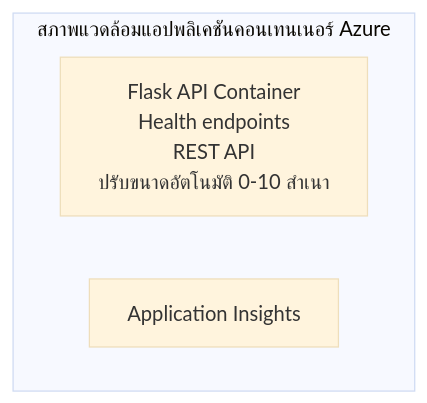
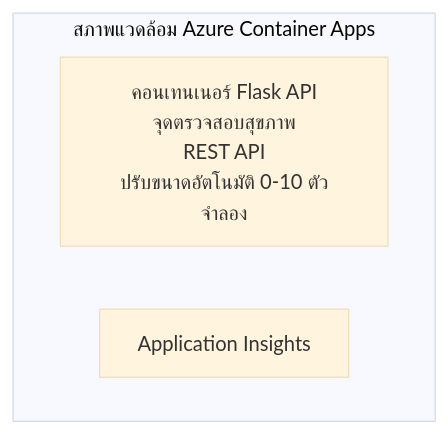
Before and after one commit to microsoft/AZD-for-beginners: the diagram in translations/th/examples/container-app/simple-flask-api/README.md, drawn with Mermaid (base theme). The commit also changed other lines of this file and 104 other files, not shown here.

````diff
--- a/translations/th/examples/container-app/simple-flask-api/README.md
+++ b/translations/th/examples/container-app/simple-flask-api/README.md
@@ -26,7 +26,7 @@
 ```mermaid
 graph TD
-    subgraph ACA[สภาพแวดล้อมแอปพลิเคชันคอนเทนเนอร์ Azure]
-        Flask[Flask API Container<br/>Health endpoints<br/>REST API<br/>ปรับขนาดอัตโนมัติ 0-10 สำเนา]
+    subgraph ACA[สภาพแวดล้อม Azure Container Apps]
+        Flask[คอนเทนเนอร์ Flask API<br/>จุดตรวจสอบสุขภาพ<br/>REST API<br/>ปรับขนาดอัตโนมัติ 0-10 ตัวจำลอง]
         AppInsights[Application Insights]
     end
 ```
````
